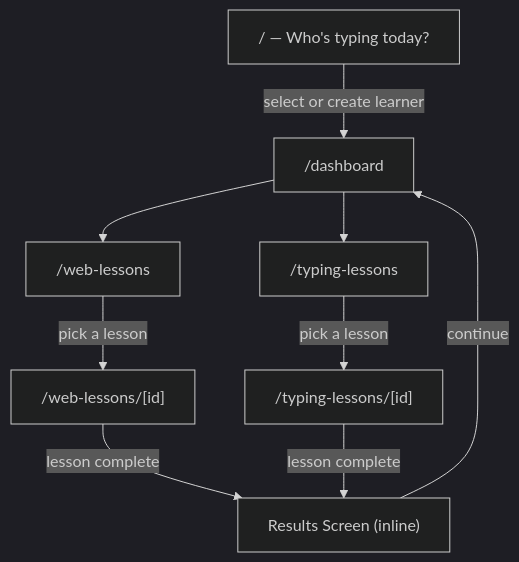
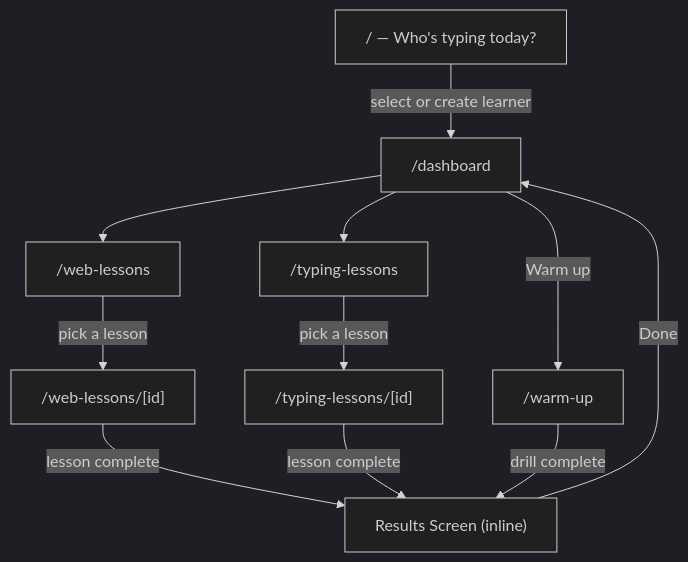
One commit to jermbo/CosmicTyper changed the diagram in docs/architecture/routing.md. Above: the diagram before and after it, drawn with Mermaid (dark theme). The commit also changed other lines of this file and 67 other files, not shown here.

````diff
--- a/docs/architecture/routing.md
+++ b/docs/architecture/routing.md
@@ -19,11 +19,13 @@
 ```mermaid
 flowchart TD
     A["/ — Who's typing today?"] -->|select or create learner| B["/dashboard"]
     B --> C["/web-lessons"]
     B --> D["/typing-lessons"]
+    B -->|Warm up| W["/warm-up"]
     C -->|pick a lesson| E["/web-lessons/[id]"]
     D -->|pick a lesson| F["/typing-lessons/[id]"]
     E -->|lesson complete| G["Results Screen (inline)"]
     F -->|lesson complete| G
-    G -->|continue| B
+    W -->|drill complete| G
+    G -->|Done| B
 ```
````
